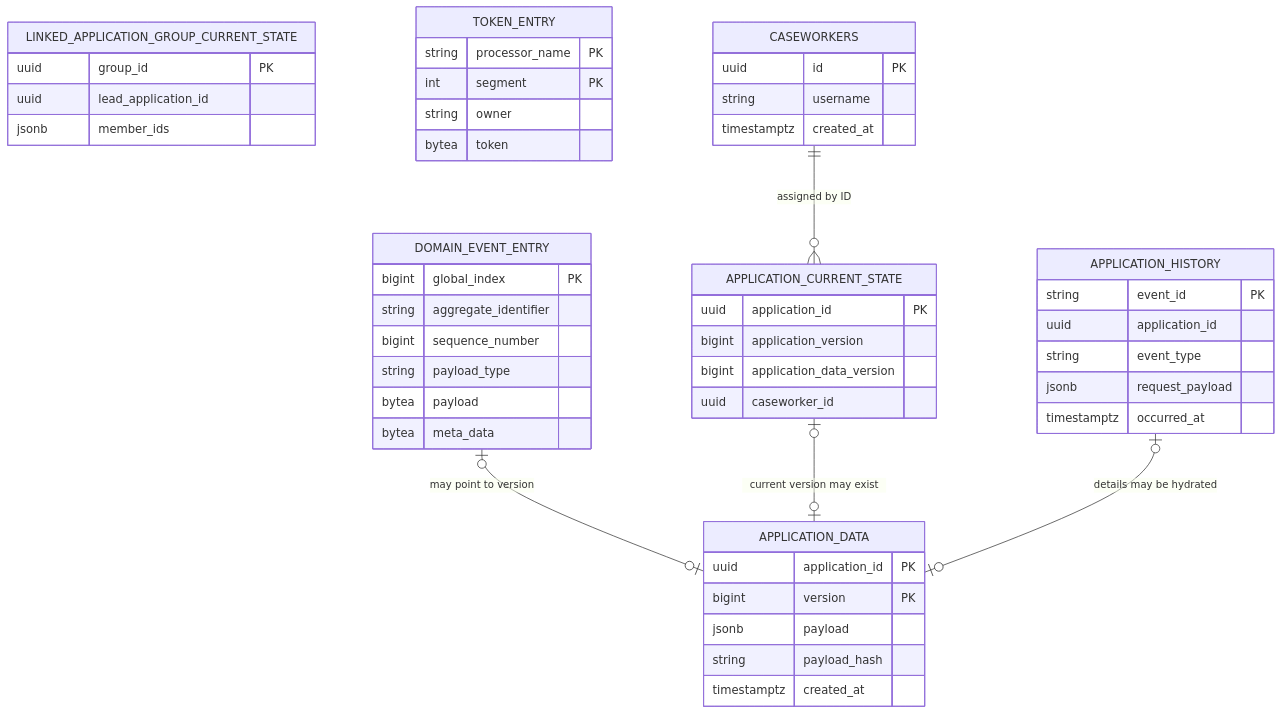
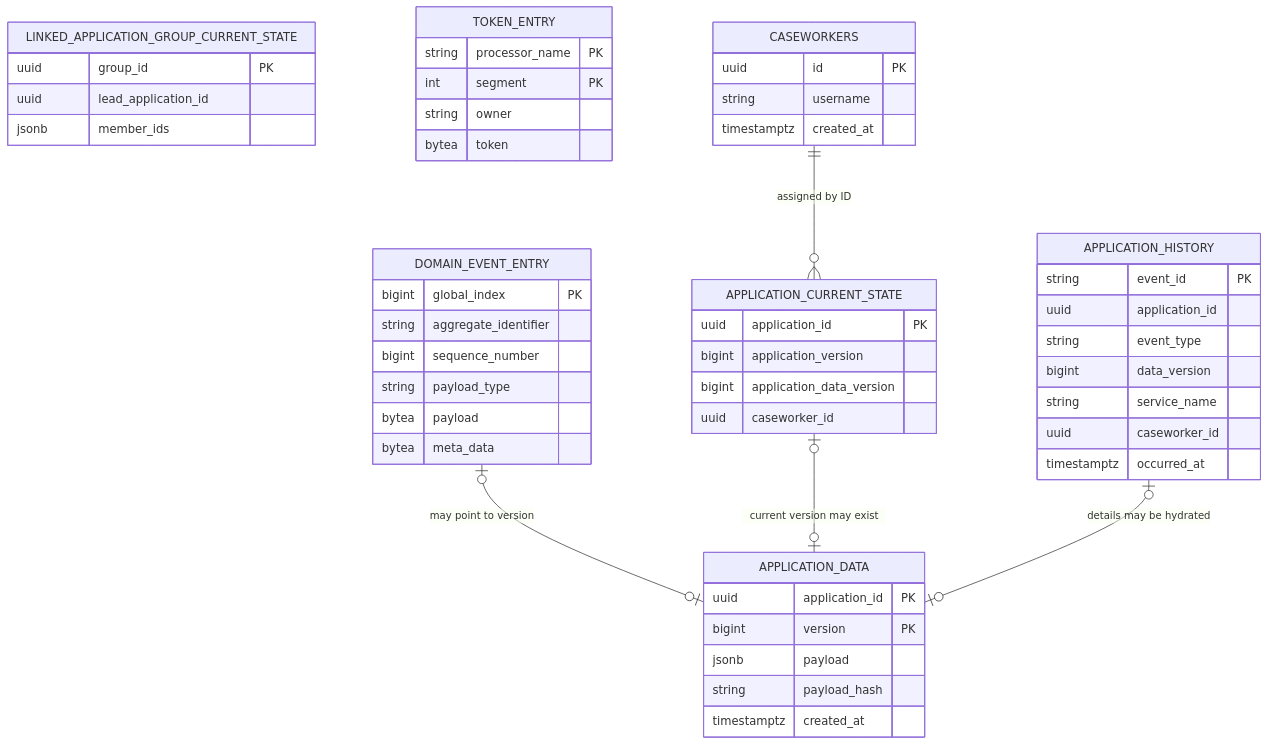
The diagram in data-access-service-axon/docs/storage-model.md (ministryofjustice/laa-data-access-api), drawn with Mermaid before and after one commit. The commit also changed other lines of this file and 22 other files, not shown here.

````diff
--- a/data-access-service-axon/docs/storage-model.md
+++ b/data-access-service-axon/docs/storage-model.md
@@ -6,52 +6,54 @@
 ```mermaid
 erDiagram
     DOMAIN_EVENT_ENTRY {
         bigint global_index PK
         string aggregate_identifier
         bigint sequence_number
         string payload_type
         bytea payload
         bytea meta_data
     }
     APPLICATION_DATA {
         uuid application_id PK
         bigint version PK
         jsonb payload
         string payload_hash
         timestamptz created_at
     }
     APPLICATION_CURRENT_STATE {
         uuid application_id PK
         bigint application_version
         bigint application_data_version
         uuid caseworker_id
     }
     APPLICATION_HISTORY {
         string event_id PK
         uuid application_id
         string event_type
-        jsonb request_payload
+        bigint data_version
+        string service_name
+        uuid caseworker_id
         timestamptz occurred_at
     }
     LINKED_APPLICATION_GROUP_CURRENT_STATE {
         uuid group_id PK
         uuid lead_application_id
         jsonb member_ids
     }
     TOKEN_ENTRY {
         string processor_name PK
         int segment PK
         string owner
         bytea token
     }
     CASEWORKERS {
         uuid id PK
         string username
         timestamptz created_at
     }
 
     DOMAIN_EVENT_ENTRY o|--o| APPLICATION_DATA : "may point to version"
     APPLICATION_CURRENT_STATE o|--o| APPLICATION_DATA : "current version may exist"
     APPLICATION_HISTORY o|--o| APPLICATION_DATA : "details may be hydrated"
     CASEWORKERS ||--o{ APPLICATION_CURRENT_STATE : "assigned by ID"
 ```
````
